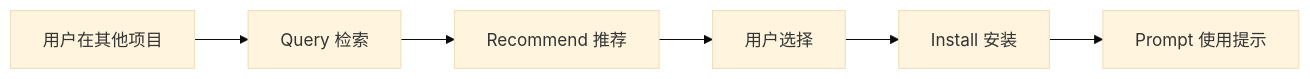
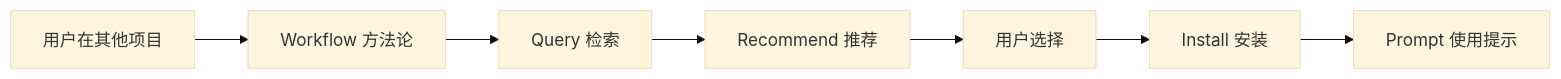
One commit to xzcjx/ai-study-center changed the diagram in docs/CONSUME.md. Above: the diagram before and after it, drawn with Mermaid (base theme). The commit also changed other lines of this file and 8 other files, not shown here.

````diff
--- a/docs/CONSUME.md
+++ b/docs/CONSUME.md
@@ -10,8 +10,9 @@
 ```mermaid
 flowchart LR
-  U[用户在其他项目] --> C01
+  U[用户在其他项目] --> C00
+  C00[Workflow 方法论] --> C01
   C01[Query 检索] --> C02[Recommend 推荐]
   C02 --> C03[用户选择]
   C03 --> C04[Install 安装]
   C04 --> C05[Prompt 使用提示]
 ```
````
